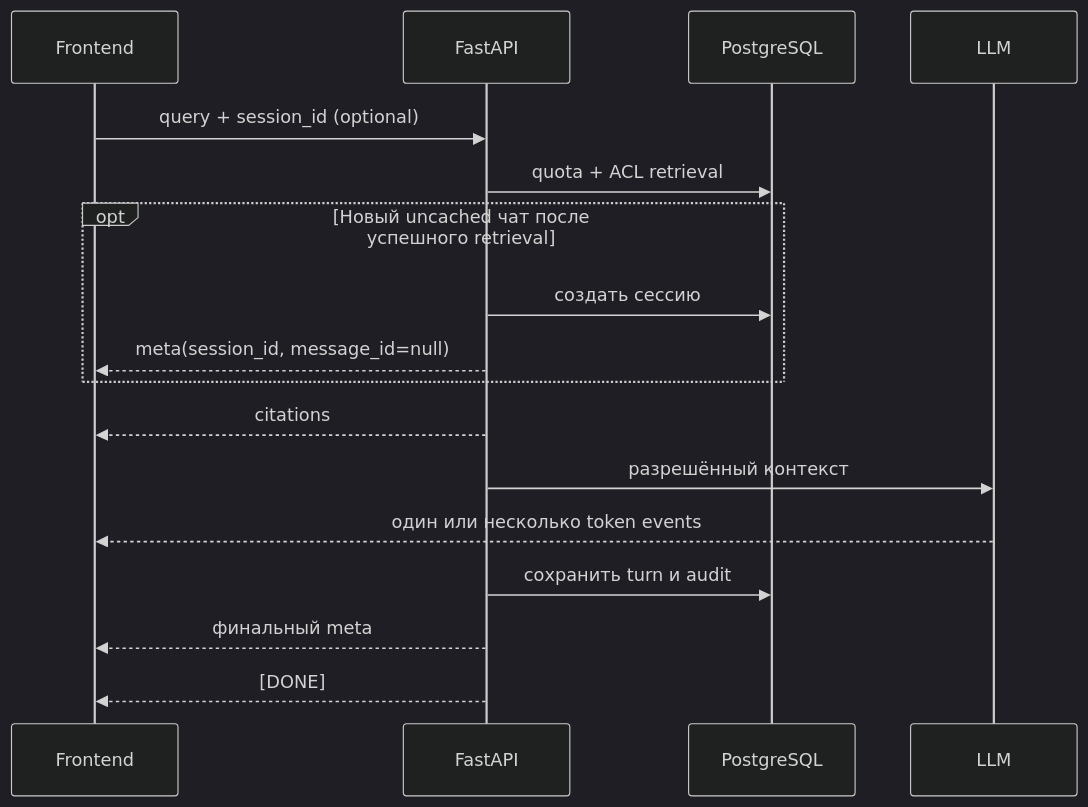
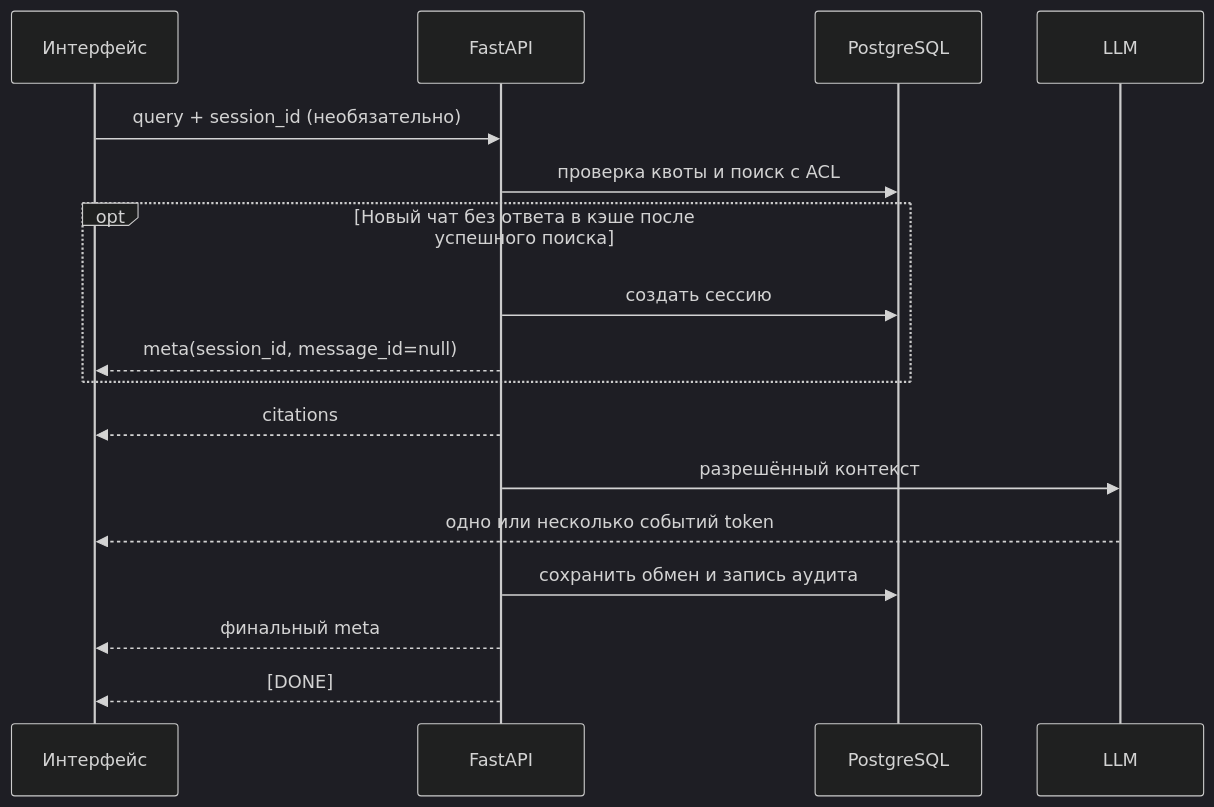
One commit to vladweat/docwise changed the diagram in docs/engineering/api/chat.md. Above: the diagram before and after it, drawn with Mermaid (dark theme). The commit also changed other lines of this file and 51 other files, not shown here.

````diff
--- a/docs/engineering/api/chat.md
+++ b/docs/engineering/api/chat.md
@@ -28,19 +28,19 @@
 ```mermaid
 sequenceDiagram
-  participant UI as Frontend
+  participant UI as Интерфейс
   participant API as FastAPI
   participant DB as PostgreSQL
   participant LLM
-  UI->>API: query + session_id (optional)
-  API->>DB: quota + ACL retrieval
-  opt Новый uncached чат после успешного retrieval
+  UI->>API: query + session_id (необязательно)
+  API->>DB: проверка квоты и поиск с ACL
+  opt Новый чат без ответа в кэше после успешного поиска
     API->>DB: создать сессию
     API-->>UI: meta(session_id, message_id=null)
   end
   API-->>UI: citations
   API->>LLM: разрешённый контекст
-  LLM-->>UI: один или несколько token events
-  API->>DB: сохранить turn и audit
+  LLM-->>UI: одно или несколько событий token
+  API->>DB: сохранить обмен и запись аудита
   API-->>UI: финальный meta
   API-->>UI: [DONE]
 ```
````
